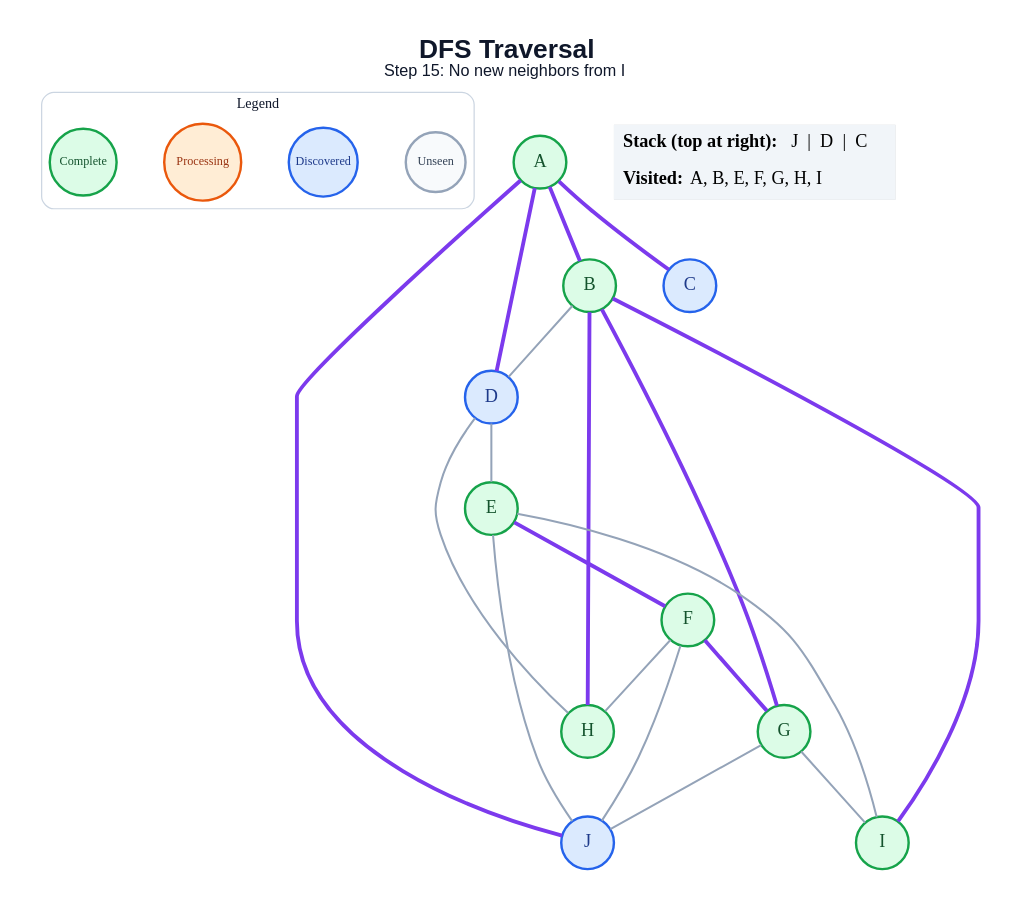
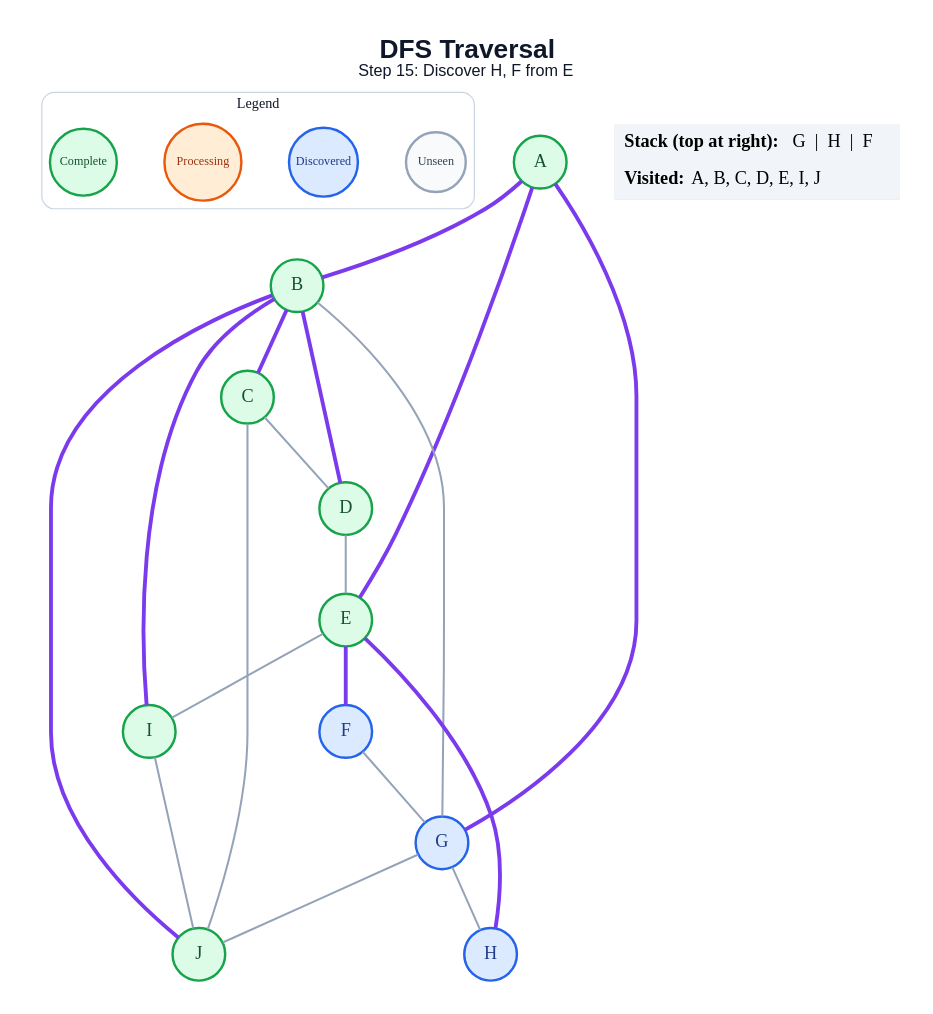
The diagram in generated/dfs/step_15.dot (anon7238593-create/ai-slop), drawn with Graphviz before and after one commit. The commit also changed 179 other files, not shown here.

```diff
--- a/generated/dfs/step_15.dot
+++ b/generated/dfs/step_15.dot
@@ -1,47 +1,47 @@
 graph traversal {
   graph [layout=dot, rankdir=TB, bgcolor="#FFFFFF", pad="0.35", nodesep="0.65", ranksep="0.8", fontname="Arial"];
   node [shape=circle, style="filled", fontname="Arial Bold", fontsize=18, width=0.72, fixedsize=true, penwidth=2.4];
   edge [color="#94A3B8", penwidth=2.0];
-  label=<<B>DFS Traversal</B><BR/><FONT POINT-SIZE="16">Step 15: No new neighbors from I</FONT>>; labelloc="t"; fontsize=26; fontname="Arial"; fontcolor="#0F172A";
+  label=<<B>DFS Traversal</B><BR/><FONT POINT-SIZE="16">Step 15: Discover H, F from E</FONT>>; labelloc="t"; fontsize=26; fontname="Arial"; fontcolor="#0F172A";
   subgraph cluster_legend { label="Legend"; color="#CBD5E1"; penwidth=1.2; style="rounded"; fontsize=14; fontname="Arial Bold";
     key_unseen [label="Unseen", fillcolor="#F8FAFC", color="#94A3B8", fontcolor="#334155", fontsize=12, width=0.82];
     key_frontier [label="Discovered", fillcolor="#DBEAFE", color="#2563EB", fontcolor="#1E3A8A", fontsize=12, width=0.95];
     key_current [label="Processing", fillcolor="#FFEDD5", color="#EA580C", fontcolor="#9A3412", fontsize=12, width=1.05];
     key_done [label="Complete", fillcolor="#DCFCE7", color="#16A34A", fontcolor="#14532D", fontsize=12, width=0.92];
     { rank=same; key_unseen; key_frontier; key_current; key_done; }
   }
   A [fillcolor="#DCFCE7", color="#16A34A", fontcolor="#14532D"];
   B [fillcolor="#DCFCE7", color="#16A34A", fontcolor="#14532D"];
-  C [fillcolor="#DBEAFE", color="#2563EB", fontcolor="#1E3A8A"];
-  D [fillcolor="#DBEAFE", color="#2563EB", fontcolor="#1E3A8A"];
+  C [fillcolor="#DCFCE7", color="#16A34A", fontcolor="#14532D"];
+  D [fillcolor="#DCFCE7", color="#16A34A", fontcolor="#14532D"];
   E [fillcolor="#DCFCE7", color="#16A34A", fontcolor="#14532D"];
-  F [fillcolor="#DCFCE7", color="#16A34A", fontcolor="#14532D"];
-  G [fillcolor="#DCFCE7", color="#16A34A", fontcolor="#14532D"];
-  H [fillcolor="#DCFCE7", color="#16A34A", fontcolor="#14532D"];
+  F [fillcolor="#DBEAFE", color="#2563EB", fontcolor="#1E3A8A"];
+  G [fillcolor="#DBEAFE", color="#2563EB", fontcolor="#1E3A8A"];
+  H [fillcolor="#DBEAFE", color="#2563EB", fontcolor="#1E3A8A"];
   I [fillcolor="#DCFCE7", color="#16A34A", fontcolor="#14532D"];
-  J [fillcolor="#DBEAFE", color="#2563EB", fontcolor="#1E3A8A"];
+  J [fillcolor="#DCFCE7", color="#16A34A", fontcolor="#14532D"];
   A -- B [color="#7C3AED", penwidth=3.8];
-  A -- C [color="#7C3AED", penwidth=3.8];
-  A -- D [color="#7C3AED", penwidth=3.8];
-  A -- J [color="#7C3AED", penwidth=3.8];
-  B -- D;
-  B -- G [color="#7C3AED", penwidth=3.8];
-  B -- H [color="#7C3AED", penwidth=3.8];
+  A -- E [color="#7C3AED", penwidth=3.8];
+  A -- G [color="#7C3AED", penwidth=3.8];
+  B -- C [color="#7C3AED", penwidth=3.8];
+  B -- D [color="#7C3AED", penwidth=3.8];
+  B -- G;
   B -- I [color="#7C3AED", penwidth=3.8];
+  B -- J [color="#7C3AED", penwidth=3.8];
+  C -- D;
+  C -- J;
   D -- E;
-  D -- H;
   E -- F [color="#7C3AED", penwidth=3.8];
+  E -- H [color="#7C3AED", penwidth=3.8];
   E -- I;
-  E -- J;
-  F -- G [color="#7C3AED", penwidth=3.8];
-  F -- H;
-  F -- J;
-  G -- I;
+  F -- G;
+  G -- H;
   G -- J;
+  I -- J;
   status [shape=plain, fixedsize=false, width=0, height=0, margin=0, label=<
     <TABLE BORDER="0" CELLBORDER="0" CELLPADDING="7" BGCOLOR="#F1F5F9">
-      <TR><TD ALIGN="LEFT"><B>Stack (top at right):</B> J  |  D  |  C</TD></TR>
-      <TR><TD ALIGN="LEFT"><B>Visited:</B> A, B, E, F, G, H, I</TD></TR>
+      <TR><TD ALIGN="LEFT"><B>Stack (top at right):</B> G  |  H  |  F</TD></TR>
+      <TR><TD ALIGN="LEFT"><B>Visited:</B> A, B, C, D, E, I, J</TD></TR>
     </TABLE>
   >];
 }
```
